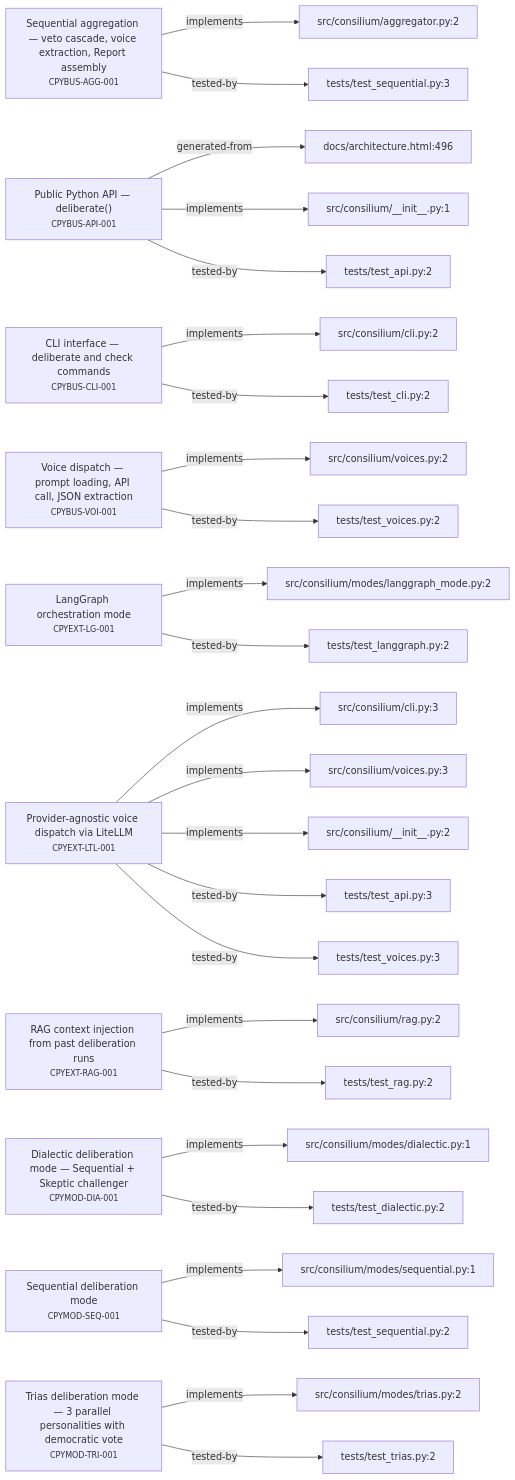
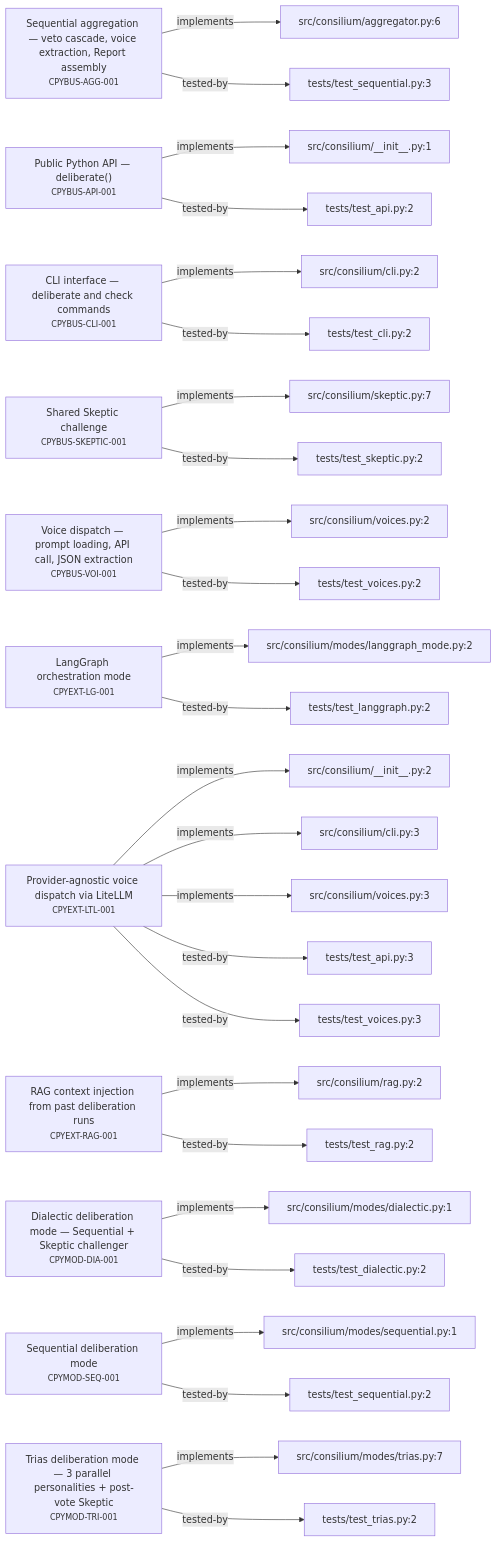
One commit to alxmax/Consilium-py changed the second of 4 diagrams in requirements/_map.md. Above: the diagram before and after it, drawn with Mermaid. The commit also changed other lines of this file and 4 other files, not shown here.

````diff
--- a/requirements/_map.md
+++ b/requirements/_map.md
@@ -45,61 +47,64 @@
 ```mermaid
 graph LR
   CPYBUS_AGG_001["Sequential aggregation — veto cascade, voice extraction, Report assembly<br><small>CPYBUS-AGG-001</small>"]
-  f_src_consilium_aggregator_py_2["src/consilium/aggregator.py:2"]
-  CPYBUS_AGG_001 -->|implements| f_src_consilium_aggregator_py_2
+  f_src_consilium_aggregator_py_6["src/consilium/aggregator.py:6"]
+  CPYBUS_AGG_001 -->|implements| f_src_consilium_aggregator_py_6
   f_tests_test_sequential_py_3["tests/test_sequential.py:3"]
   CPYBUS_AGG_001 -->|tested-by| f_tests_test_sequential_py_3
   CPYBUS_API_001["Public Python API — deliberate()<br><small>CPYBUS-API-001</small>"]
-  f_docs_architecture_html_496["docs/architecture.html:496"]
-  CPYBUS_API_001 -->|generated-from| f_docs_architecture_html_496
   f_src_consilium___init___py_1["src/consilium/__init__.py:1"]
   CPYBUS_API_001 -->|implements| f_src_consilium___init___py_1
   f_tests_test_api_py_2["tests/test_api.py:2"]
   CPYBUS_API_001 -->|tested-by| f_tests_test_api_py_2
   CPYBUS_CLI_001["CLI interface — deliberate and check commands<br><small>CPYBUS-CLI-001</small>"]
   f_src_consilium_cli_py_2["src/consilium/cli.py:2"]
   CPYBUS_CLI_001 -->|implements| f_src_consilium_cli_py_2
   f_tests_test_cli_py_2["tests/test_cli.py:2"]
   CPYBUS_CLI_001 -->|tested-by| f_tests_test_cli_py_2
+  CPYBUS_SKEPTIC_001["Shared Skeptic challenge<br><small>CPYBUS-SKEPTIC-001</small>"]
+  f_src_consilium_skeptic_py_7["src/consilium/skeptic.py:7"]
+  CPYBUS_SKEPTIC_001 -->|implements| f_src_consilium_skeptic_py_7
+  f_tests_test_skeptic_py_2["tests/test_skeptic.py:2"]
+  CPYBUS_SKEPTIC_001 -->|tested-by| f_tests_test_skeptic_py_2
   CPYBUS_VOI_001["Voice dispatch — prompt loading, API call, JSON extraction<br><small>CPYBUS-VOI-001</small>"]
   f_src_consilium_voices_py_2["src/consilium/voices.py:2"]
   CPYBUS_VOI_001 -->|implements| f_src_consilium_voices_py_2
   f_tests_test_voices_py_2["tests/test_voices.py:2"]
   CPYBUS_VOI_001 -->|tested-by| f_tests_test_voices_py_2
   CPYEXT_LG_001["LangGraph orchestration mode<br><small>CPYEXT-LG-001</small>"]
   f_src_consilium_modes_langgraph_mode_py_2["src/consilium/modes/langgraph_mode.py:2"]
   CPYEXT_LG_001 -->|implements| f_src_consilium_modes_langgraph_mode_py_2
   f_tests_test_langgraph_py_2["tests/test_langgraph.py:2"]
   CPYEXT_LG_001 -->|tested-by| f_tests_test_langgraph_py_2
   CPYEXT_LTL_001["Provider-agnostic voice dispatch via LiteLLM<br><small>CPYEXT-LTL-001</small>"]
+  f_src_consilium___init___py_2["src/consilium/__init__.py:2"]
+  CPYEXT_LTL_001 -->|implements| f_src_consilium___init___py_2
   f_src_consilium_cli_py_3["src/consilium/cli.py:3"]
   CPYEXT_LTL_001 -->|implements| f_src_consilium_cli_py_3
   f_src_consilium_voices_py_3["src/consilium/voices.py:3"]
   CPYEXT_LTL_001 -->|implements| f_src_consilium_voices_py_3
-  f_src_consilium___init___py_2["src/consilium/__init__.py:2"]
-  CPYEXT_LTL_001 -->|implements| f_src_consilium___init___py_2
   f_tests_test_api_py_3["tests/test_api.py:3"]
   CPYEXT_LTL_001 -->|tested-by| f_tests_test_api_py_3
   f_tests_test_voices_py_3["tests/test_voices.py:3"]
   CPYEXT_LTL_001 -->|tested-by| f_tests_test_voices_py_3
   CPYEXT_RAG_001["RAG context injection from past deliberation runs<br><small>CPYEXT-RAG-001</small>"]
   f_src_consilium_rag_py_2["src/consilium/rag.py:2"]
   CPYEXT_RAG_001 -->|implements| f_src_consilium_rag_py_2
   f_tests_test_rag_py_2["tests/test_rag.py:2"]
   CPYEXT_RAG_001 -->|tested-by| f_tests_test_rag_py_2
   CPYMOD_DIA_001["Dialectic deliberation mode — Sequential + Skeptic challenger<br><small>CPYMOD-DIA-001</small>"]
   f_src_consilium_modes_dialectic_py_1["src/consilium/modes/dialectic.py:1"]
   CPYMOD_DIA_001 -->|implements| f_src_consilium_modes_dialectic_py_1
   f_tests_test_dialectic_py_2["tests/test_dialectic.py:2"]
   CPYMOD_DIA_001 -->|tested-by| f_tests_test_dialectic_py_2
   CPYMOD_SEQ_001["Sequential deliberation mode<br><small>CPYMOD-SEQ-001</small>"]
   f_src_consilium_modes_sequential_py_1["src/consilium/modes/sequential.py:1"]
   CPYMOD_SEQ_001 -->|implements| f_src_consilium_modes_sequential_py_1
   f_tests_test_sequential_py_2["tests/test_sequential.py:2"]
   CPYMOD_SEQ_001 -->|tested-by| f_tests_test_sequential_py_2
-  CPYMOD_TRI_001["Trias deliberation mode — 3 parallel personalities with democratic vote<br><small>CPYMOD-TRI-001</small>"]
-  f_src_consilium_modes_trias_py_2["src/consilium/modes/trias.py:2"]
-  CPYMOD_TRI_001 -->|implements| f_src_consilium_modes_trias_py_2
+  CPYMOD_TRI_001["Trias deliberation mode — 3 parallel personalities + post-vote Skeptic<br><small>CPYMOD-TRI-001</small>"]
+  f_src_consilium_modes_trias_py_7["src/consilium/modes/trias.py:7"]
+  CPYMOD_TRI_001 -->|implements| f_src_consilium_modes_trias_py_7
   f_tests_test_trias_py_2["tests/test_trias.py:2"]
   CPYMOD_TRI_001 -->|tested-by| f_tests_test_trias_py_2
 ```
````
